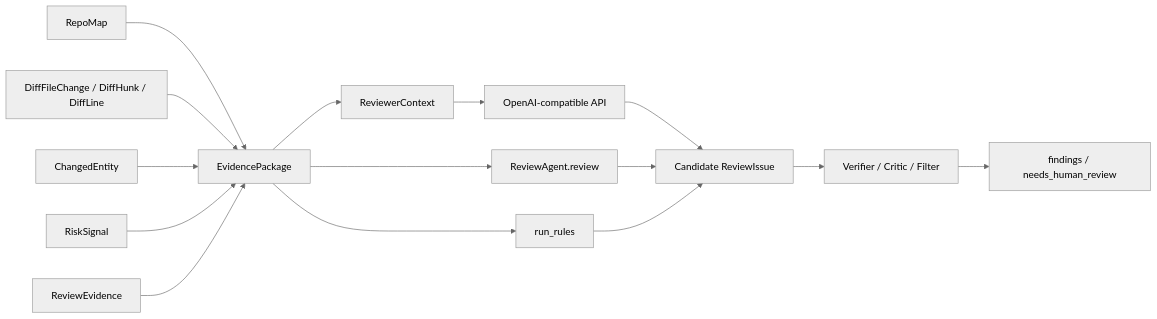
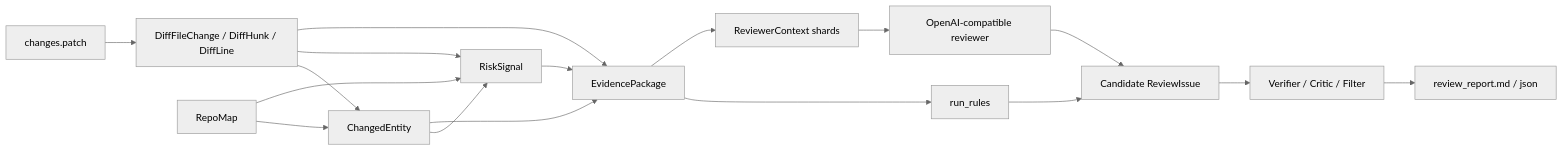
One commit to wsh-prime/code-review-agent changed the first of 5 diagrams in docs/architecture_overview.md. Above: the diagram before and after it, drawn with Mermaid (neutral theme). The commit also changed other lines of this file and 20 other files, not shown here.

````diff
--- a/docs/architecture_overview.md
+++ b/docs/architecture_overview.md
@@ -17,18 +15,20 @@
 ```mermaid
 flowchart LR
-    RepoMap[RepoMap] --> Package[EvidencePackage]
-    Diff[DiffFileChange / DiffHunk / DiffLine] --> Package
-    Entity[ChangedEntity] --> Package
-    Risk[RiskSignal] --> Package
-    Evidence[ReviewEvidence] --> Package
+    Patch[changes.patch] --> Diff[DiffFileChange / DiffHunk / DiffLine]
+    Repo[RepoMap] --> Entity[ChangedEntity]
+    Diff --> Entity
+    Diff --> Risk[RiskSignal]
+    Entity --> Risk
+    Repo --> Risk
+    Risk --> Evidence[EvidencePackage]
+    Diff --> Evidence
+    Entity --> Evidence
 
-    Package --> Rules[run_rules]
-    Package --> Agent[ReviewAgent.review]
-    Package --> Context[ReviewerContext]
-    Context --> LiveAPI[OpenAI-compatible API]
-    LiveAPI --> Candidate[Candidate ReviewIssue]
-    Agent --> Candidate
+    Evidence --> Rules[run_rules]
+    Evidence --> Context[ReviewerContext shards]
+    Context --> Live[OpenAI-compatible reviewer]
+    Live --> Candidate[Candidate ReviewIssue]
     Rules --> Candidate
     Candidate --> Verify[Verifier / Critic / Filter]
-    Verify --> Final[findings / needs_human_review]
+    Verify --> Report[review_report.md / json]
 ```
````
